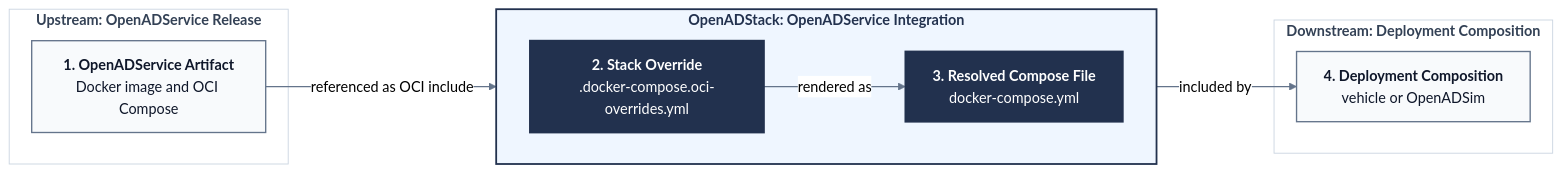
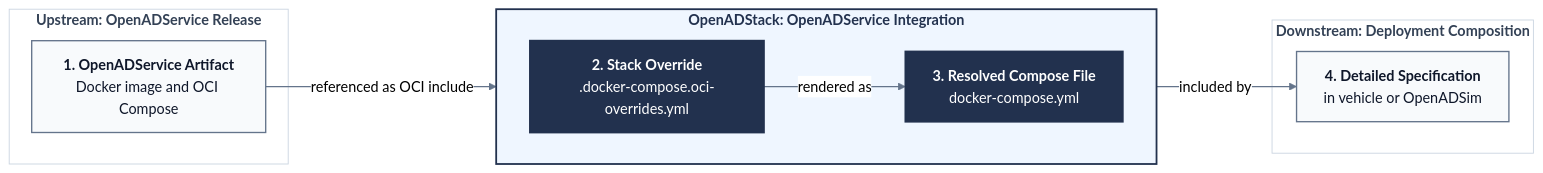
The diagram in docs/integration-architecture.md (openads-project/openadstack), drawn with Mermaid (neutral theme) before and after one commit. The commit also changed other lines of this file, not shown here.

````diff
--- a/docs/integration-architecture.md
+++ b/docs/integration-architecture.md
@@ -17,32 +17,32 @@
 ```mermaid
 flowchart LR
     subgraph upstream["<b>Upstream: OpenADService Release</b>"]
         L1["<b>1. OpenADService Artifact</b><br/>Docker image and OCI Compose"]
     end
 
     subgraph stack["<b>OpenADStack: OpenADService Integration</b>"]
         direction LR
         L2["<b>2. Stack Override</b><br/>.docker-compose.oci-overrides.yml"]
         L3["<b>3. Resolved Compose File</b><br/>docker-compose.yml"]
         L2 -->|rendered as| L3
     end
 
     subgraph downstream["<b>Downstream: Deployment Composition</b>"]
-        L4["<b>4. Deployment Composition</b><br/>vehicle or OpenADSim"]
+        L4["<b>4. Detailed Specification</b><br/>in vehicle or OpenADSim"]
     end
 
     L1 -->|referenced as OCI include| L2
     L3 -->|included by| L4
 
     classDef external fill:#F8FAFC,color:#0F172A,stroke:#64748B,stroke-width:1.5px
     classDef openadstack fill:#22314E,color:#FFFFFF,stroke:#22314E,stroke-width:2px
 
     class L1,L4 external
     class L2,L3 openadstack
 
     style upstream fill:#FFFFFF,color:#334155,stroke:#CBD5E1,stroke-width:1px
     style stack fill:#EFF6FF,color:#22314E,stroke:#22314E,stroke-width:2px
     style downstream fill:#FFFFFF,color:#334155,stroke:#CBD5E1,stroke-width:1px
 
     linkStyle default stroke:#64748B,stroke-width:1.5px
 ```
````
